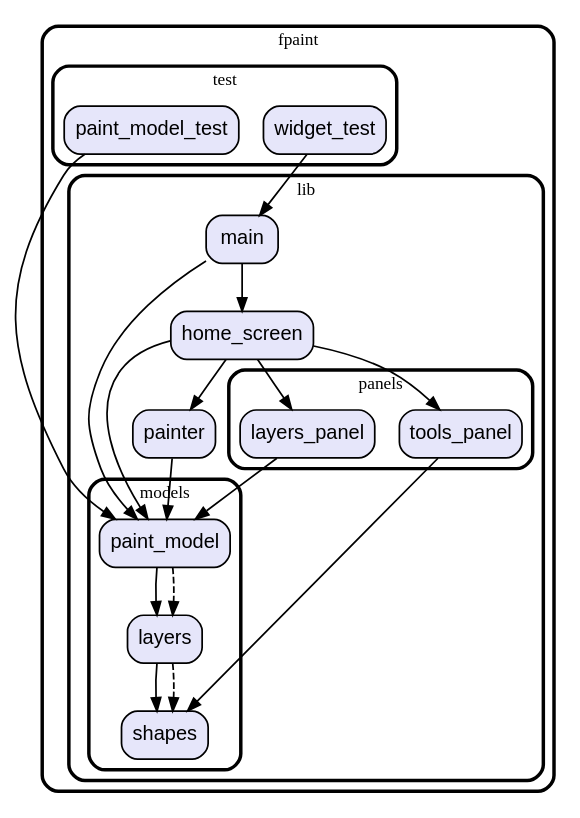
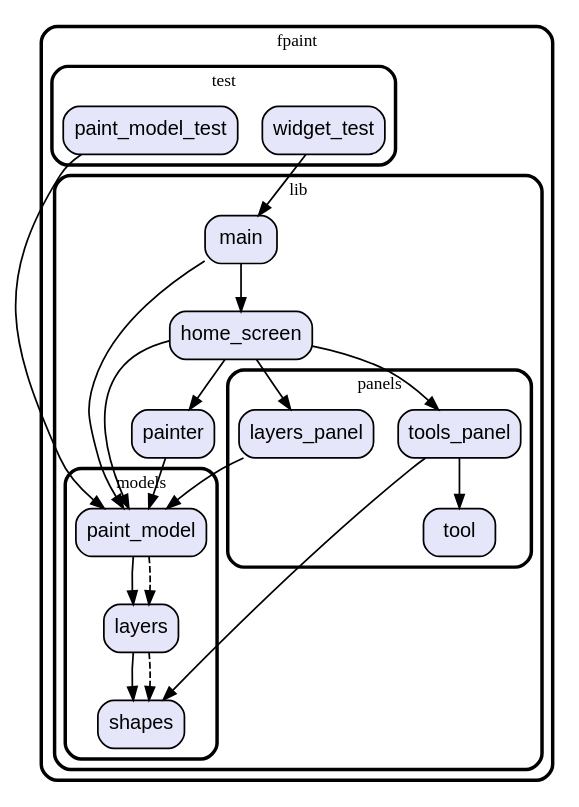
One commit to vteam-com/fPaint changed the diagram in graph.dot. Above: the diagram before and after it, drawn with Graphviz. The commit also changed 3 other files, not shown here.

```diff
--- a/graph.dot
+++ b/graph.dot
@@ -1,55 +1,58 @@
 digraph "" {
   graph [style=rounded fontname="Arial Black" fontsize=13 penwidth=2.6];
   node [shape=rect style="filled,rounded" fontname=Arial fontsize=15 fillcolor=Lavender penwidth=1.3];
   edge [penwidth=1.3];
   "/test/paint_model_test.dart" [label="paint_model_test"];
   "/test/widget_test.dart" [label="widget_test"];
   "/lib/panels/tools_panel.dart" [label="tools_panel"];
   "/lib/panels/layers_panel.dart" [label="layers_panel"];
+  "/lib/panels/tool.dart" [label="tool"];
   "/lib/models/layers.dart" [label="layers"];
   "/lib/models/shapes.dart" [label="shapes"];
   "/lib/models/paint_model.dart" [label="paint_model"];
   "/lib/main.dart" [label="main"];
   "/lib/painter.dart" [label="painter"];
   "/lib/home_screen.dart" [label="home_screen"];
   subgraph "cluster~" {
     label="fpaint";
     subgraph "cluster~/test" {
       label="test";
       "/test/paint_model_test.dart";
       "/test/widget_test.dart";
     }
     subgraph "cluster~/lib" {
       label="lib";
       "/lib/main.dart";
       "/lib/painter.dart";
       "/lib/home_screen.dart";
       subgraph "cluster~/lib/panels" {
         label="panels";
         "/lib/panels/tools_panel.dart";
         "/lib/panels/layers_panel.dart";
+        "/lib/panels/tool.dart";
       }
       subgraph "cluster~/lib/models" {
         label="models";
         "/lib/models/layers.dart";
         "/lib/models/shapes.dart";
         "/lib/models/paint_model.dart";
       }
     }
   }
   "/test/paint_model_test.dart" -> "/lib/models/paint_model.dart";
   "/test/widget_test.dart" -> "/lib/main.dart";
   "/lib/panels/tools_panel.dart" -> "/lib/models/shapes.dart";
+  "/lib/panels/tools_panel.dart" -> "/lib/panels/tool.dart";
   "/lib/panels/layers_panel.dart" -> "/lib/models/paint_model.dart";
   "/lib/models/layers.dart" -> "/lib/models/shapes.dart";
   "/lib/models/layers.dart" -> "/lib/models/shapes.dart" [style=dashed];
   "/lib/models/paint_model.dart" -> "/lib/models/layers.dart";
   "/lib/models/paint_model.dart" -> "/lib/models/layers.dart" [style=dashed];
   "/lib/main.dart" -> "/lib/home_screen.dart";
   "/lib/main.dart" -> "/lib/models/paint_model.dart";
   "/lib/painter.dart" -> "/lib/models/paint_model.dart";
   "/lib/home_screen.dart" -> "/lib/panels/layers_panel.dart";
   "/lib/home_screen.dart" -> "/lib/panels/tools_panel.dart";
   "/lib/home_screen.dart" -> "/lib/models/paint_model.dart";
   "/lib/home_screen.dart" -> "/lib/painter.dart";
 }
```
